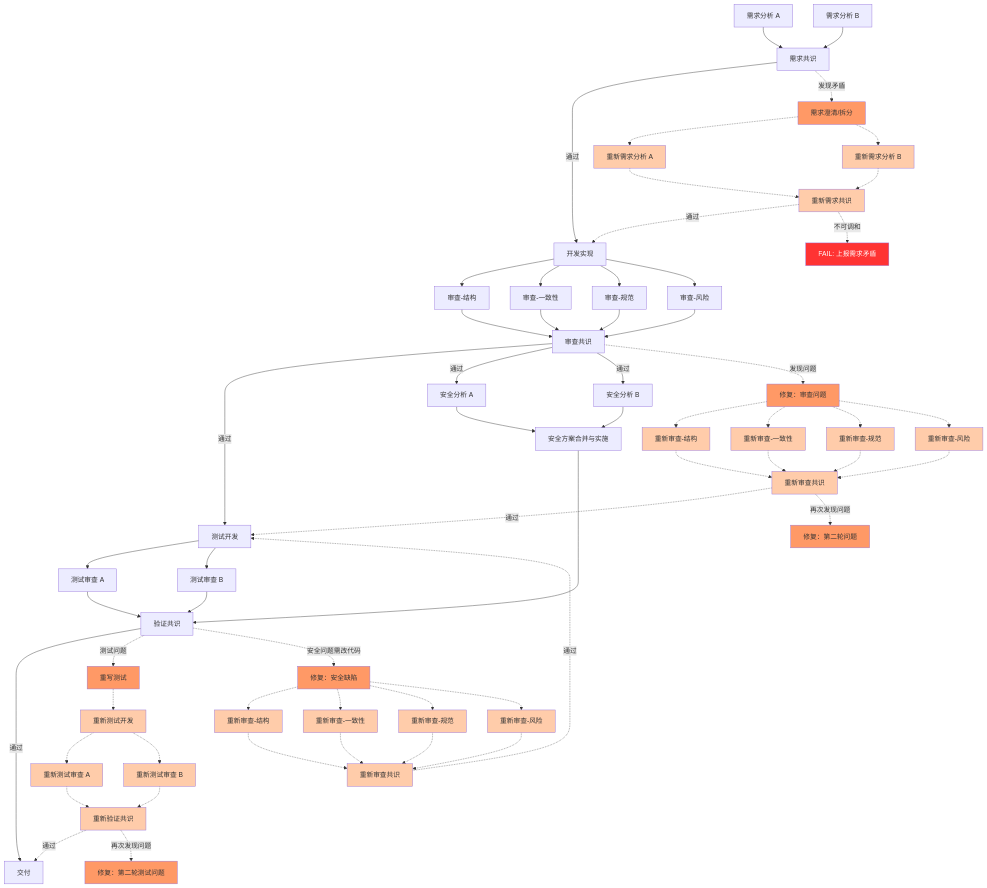
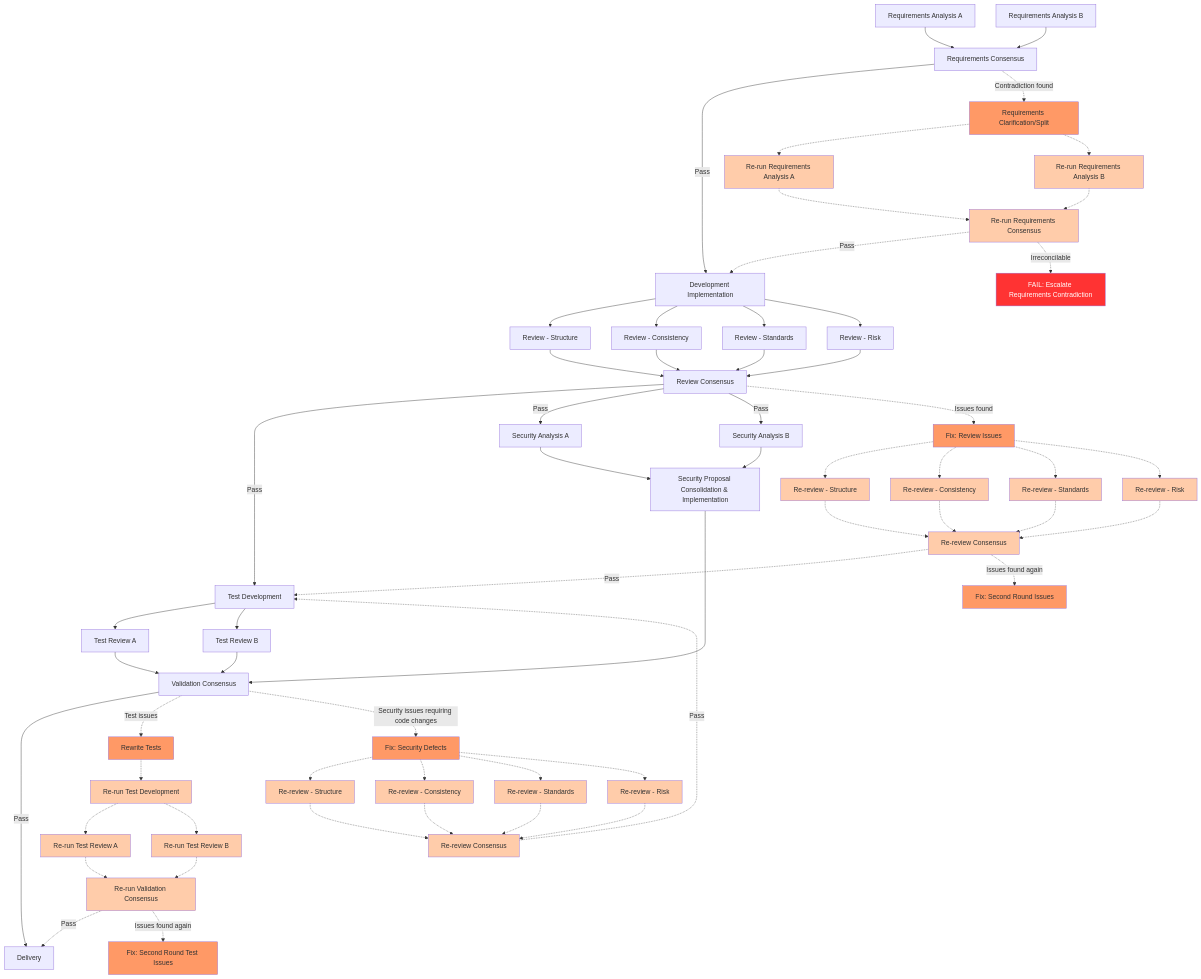
One commit to YoungY620/Kerrigan changed the diagram in kerrigan-storage/shared/guide-software-development.md. Above: the diagram before and after it, drawn with Mermaid. The commit also changed other lines of this file and 7 other files, not shown here.

````diff
--- a/kerrigan-storage/shared/guide-software-development.md
+++ b/kerrigan-storage/shared/guide-software-development.md
@@ -102,36 +102,36 @@
 ```mermaid
 graph TD
-    RA[需求分析 A] --> RC[需求共识]
-    RB[需求分析 B] --> RC
-    RC -->|通过| DEV[开发实现]
-    DEV --> CR1[审查-结构]
-    DEV --> CR2[审查-一致性]
-    DEV --> CR3[审查-规范]
-    DEV --> CR4[审查-风险]
-    CR1 --> CRC[审查共识]
+    RA[Requirements Analysis A] --> RC[Requirements Consensus]
+    RB[Requirements Analysis B] --> RC
+    RC -->|Pass| DEV[Development Implementation]
+    DEV --> CR1[Review - Structure]
+    DEV --> CR2[Review - Consistency]
+    DEV --> CR3[Review - Standards]
+    DEV --> CR4[Review - Risk]
+    CR1 --> CRC[Review Consensus]
     CR2 --> CRC
     CR3 --> CRC
     CR4 --> CRC
-    CRC -->|通过| TEST[测试开发]
-    CRC -->|通过| SA1[安全分析 A]
-    CRC -->|通过| SA2[安全分析 B]
-    TEST --> TR1[测试审查 A]
-    TEST --> TR2[测试审查 B]
-    SA1 --> SAC[安全方案合并与实施]
+    CRC -->|Pass| TEST[Test Development]
+    CRC -->|Pass| SA1[Security Analysis A]
+    CRC -->|Pass| SA2[Security Analysis B]
+    TEST --> TR1[Test Review A]
+    TEST --> TR2[Test Review B]
+    SA1 --> SAC[Security Proposal Consolidation & Implementation]
     SA2 --> SAC
-    TR1 --> VC[验证共识]
+    TR1 --> VC[Validation Consensus]
     TR2 --> VC
     SAC --> VC
-    VC -->|通过| SHIP[交付]
+    VC -->|Pass| SHIP[Delivery]
 
-    %% 需求共识发现矛盾 → fail 上报或衍生需求澄清
-    RC -.->|发现矛盾| RCFIX[需求澄清/拆分]
-    RCFIX -.-> RA2[重新需求分析 A]
-    RCFIX -.-> RB2[重新需求分析 B]
-    RA2 -.-> RC2[重新需求共识]
+    %% Requirements consensus finds contradictions → fail and escalate or spawn requirements clarification
+    RC -.->|Contradiction found| RCFIX[Requirements Clarification/Split]
+    RCFIX -.-> RA2[Re-run Requirements Analysis A]
+    RCFIX -.-> RB2[Re-run Requirements Analysis B]
+    RA2 -.-> RC2[Re-run Requirements Consensus]
     RB2 -.-> RC2
-    RC2 -.->|通过| DEV
-    RC2 -.->|不可调和| RCFAIL[FAIL: 上报需求矛盾]
+    RC2 -.->|Pass| DEV
+    RC2 -.->|Irreconcilable| RCFAIL[FAIL: Escalate Requirements Contradiction]
 
     style RCFIX fill:#f96
     style RA2 fill:#fca
@@ -139,40 +139,40 @@
     style RC2 fill:#fca
     style RCFAIL fill:#f33,color:#fff
 
-    %% 审查发现问题 → 衍生修复 → 全量重新审查
-    CRC -.->|发现问题| FIX[修复：审查问题]
-    FIX -.-> CR1R[重新审查-结构]
-    FIX -.-> CR2R[重新审查-一致性]
-    FIX -.-> CR3R[重新审查-规范]
-    FIX -.-> CR4R[重新审查-风险]
-    CR1R -.-> CRCR[重新审查共识]
+    %% Review finds issues → spawn fix → full re-review
+    CRC -.->|Issues found| FIX[Fix: Review Issues]
+    FIX -.-> CR1R[Re-review - Structure]
+    FIX -.-> CR2R[Re-review - Consistency]
+    FIX -.-> CR3R[Re-review - Standards]
+    FIX -.-> CR4R[Re-review - Risk]
+    CR1R -.-> CRCR[Re-review Consensus]
     CR2R -.-> CRCR
     CR3R -.-> CRCR
     CR4R -.-> CRCR
-    CRCR -.->|通过| TEST
-    CRCR -.->|再次发现问题| FIX2[修复：第二轮问题]
+    CRCR -.->|Pass| TEST
+    CRCR -.->|Issues found again| FIX2[Fix: Second Round Issues]
 
-    %% 测试审查发现问题（假测试/无效断言/遗漏场景）→ 重写测试 → 全量重新审查
-    VC -.->|测试问题| TFIX[重写测试]
-    TFIX -.-> TFIX_TEST[重新测试开发]
-    TFIX_TEST -.-> TR1R[重新测试审查 A]
-    TFIX_TEST -.-> TR2R[重新测试审查 B]
-    TR1R -.-> VCR[重新验证共识]
+    %% Test review finds issues (fake tests/invalid assertions/missing scenarios) → rewrite tests → full re-review
+    VC -.->|Test issues| TFIX[Rewrite Tests]
+    TFIX -.-> TFIX_TEST[Re-run Test Development]
+    TFIX_TEST -.-> TR1R[Re-run Test Review A]
+    TFIX_TEST -.-> TR2R[Re-run Test Review B]
+    TR1R -.-> VCR[Re-run Validation Consensus]
     TR2R -.-> VCR
-    VCR -.->|通过| SHIP
-    VCR -.->|再次发现问题| TFIX2[修复：第二轮测试问题]
+    VCR -.->|Pass| SHIP
+    VCR -.->|Issues found again| TFIX2[Fix: Second Round Test Issues]
 
-    %% 安全分析发现严重问题 → 需要修改代码 → 回到开发+全量重新审查
-    VC -.->|安全问题需改代码| SFIX[修复：安全缺陷]
-    SFIX -.-> CR1S[重新审查-结构]
-    SFIX -.-> CR2S[重新审查-一致性]
-    SFIX -.-> CR3S[重新审查-规范]
-    SFIX -.-> CR4S[重新审查-风险]
-    CR1S -.-> CRCS[重新审查共识]
+    %% Security analysis finds critical issues → code changes needed → back to development + full re-review
+    VC -.->|Security issues requiring code changes| SFIX[Fix: Security Defects]
+    SFIX -.-> CR1S[Re-review - Structure]
+    SFIX -.-> CR2S[Re-review - Consistency]
+    SFIX -.-> CR3S[Re-review - Standards]
+    SFIX -.-> CR4S[Re-review - Risk]
+    CR1S -.-> CRCS[Re-review Consensus]
     CR2S -.-> CRCS
     CR3S -.-> CRCS
     CR4S -.-> CRCS
-    CRCS -.->|通过| TEST
+    CRCS -.->|Pass| TEST
 
     style FIX fill:#f96
     style FIX2 fill:#f96
````
